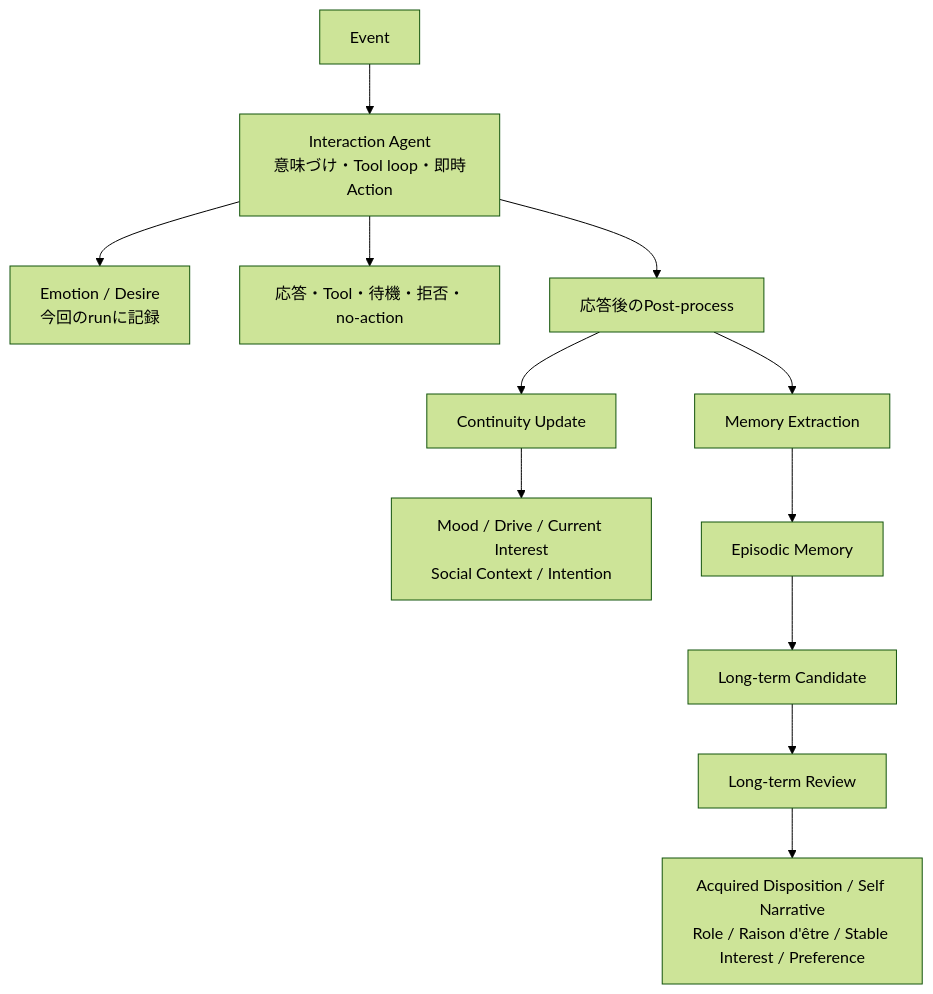
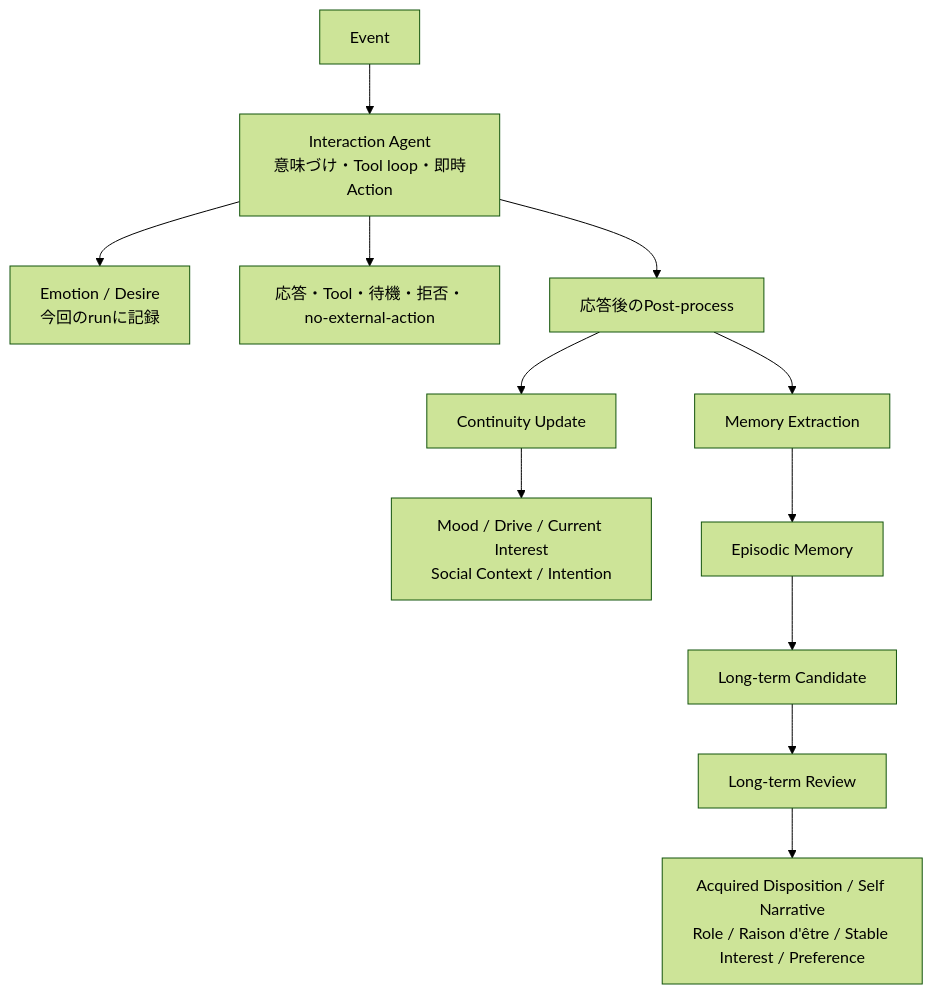
One commit to if001/social_agent changed the second of 4 diagrams in docs/AGENT_MOTIVATION_MODEL.md. Above: the diagram before and after it, drawn with Mermaid (forest theme). The commit also changed other lines of this file and 21 other files, not shown here.

````diff
--- a/docs/AGENT_MOTIVATION_MODEL.md
+++ b/docs/AGENT_MOTIVATION_MODEL.md
@@ -99,16 +99,16 @@
 ```mermaid
 flowchart TB
     E["Event"] --> IA["Interaction Agent<br/>意味づけ・Tool loop・即時Action"]
     IA --> SHORT["Emotion / Desire<br/>今回のrunに記録"]
-    IA --> ACTION["応答・Tool・待機・拒否・no-action"]
+    IA --> ACTION["応答・Tool・待機・拒否・no-external-action"]
 
     IA --> PP["応答後のPost-process"]
     PP --> CONT["Continuity Update"]
     CONT --> MID["Mood / Drive / Current Interest<br/>Social Context / Intention"]
     PP --> MX["Memory Extraction"]
     MX --> MEMORY["Episodic Memory"]
     MEMORY --> CAND["Long-term Candidate"]
 
     CAND --> LTR["Long-term Review"]
     LTR --> LONG["Acquired Disposition / Self Narrative<br/>Role / Raison d'être / Stable Interest / Preference"]
 ```
````
